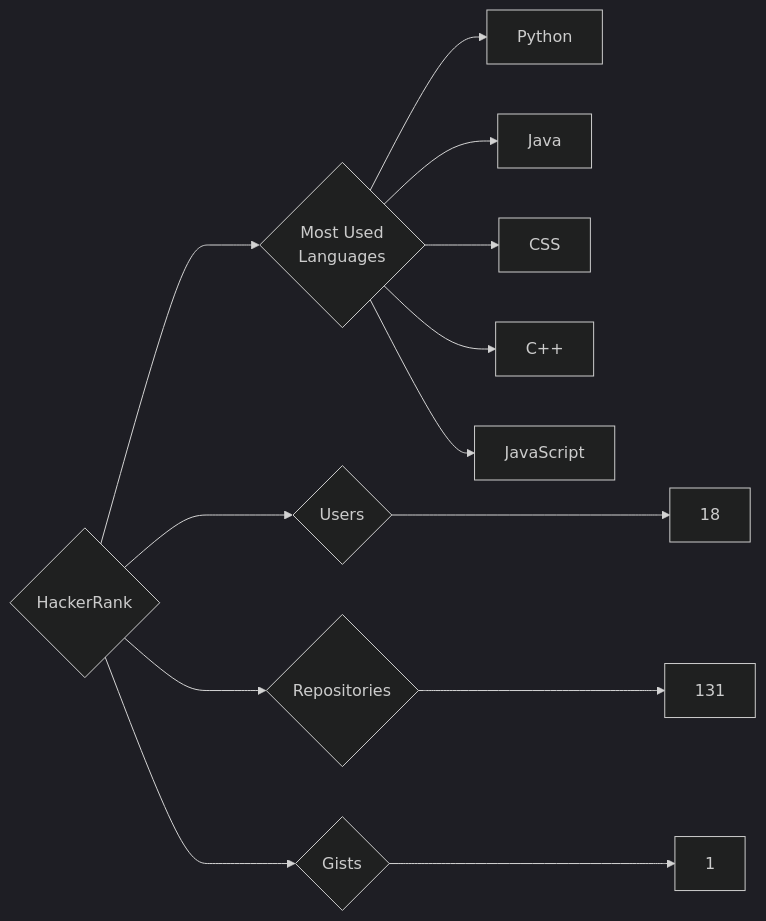
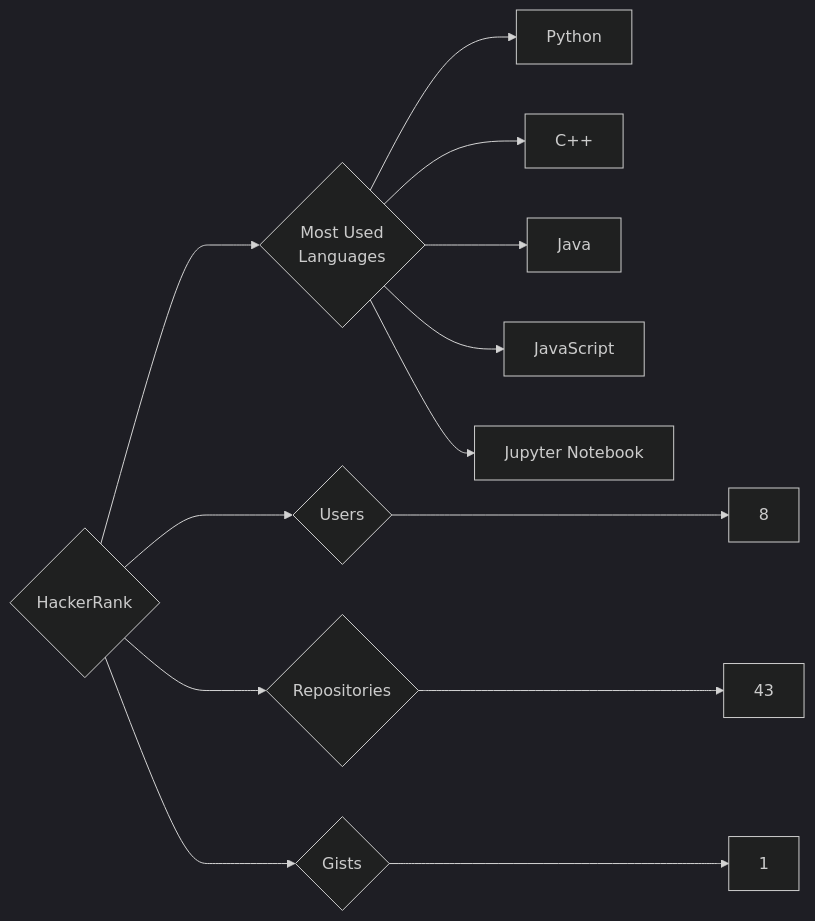
One commit to trickest/insiders changed the diagram in targets/HackerRank/README.md. Above: the diagram before and after it, drawn with Mermaid (dark theme). The commit also changed 814 other files, not shown here.

````diff
--- a/targets/HackerRank/README.md
+++ b/targets/HackerRank/README.md
@@ -3,13 +3,13 @@
 ```mermaid
 graph LR
 COMPANY_NAME{HackerRank}
-COMPANY_NAME ---> U{Users} ---> UN[18]
-COMPANY_NAME ---> R{Repositories} ---> RN[131]
+COMPANY_NAME ---> U{Users} ---> UN[8]
+COMPANY_NAME ---> R{Repositories} ---> RN[43]
 COMPANY_NAME ---> G{Gists} ---> GN[1]
 COMPANY_NAME ---> ML{Most Used<br>Languages}
 ML --> Python[Python]
+ML --> C++[C++]
 ML --> Java[Java]
-ML --> CSS[CSS]
-ML --> C++[C++]
 ML --> JavaScript[JavaScript]
+ML --> Jupyter_Notebook[Jupyter Notebook]
 ```
````
